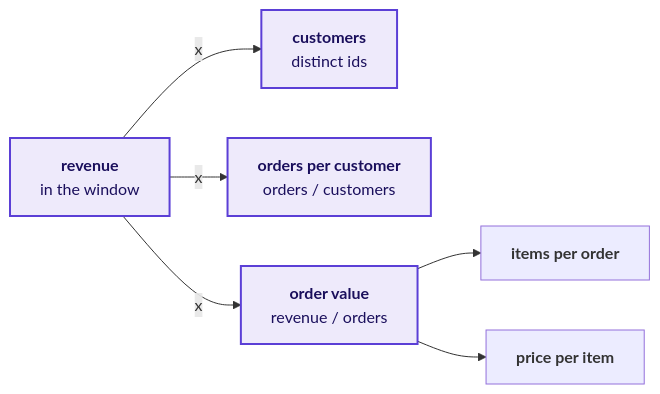
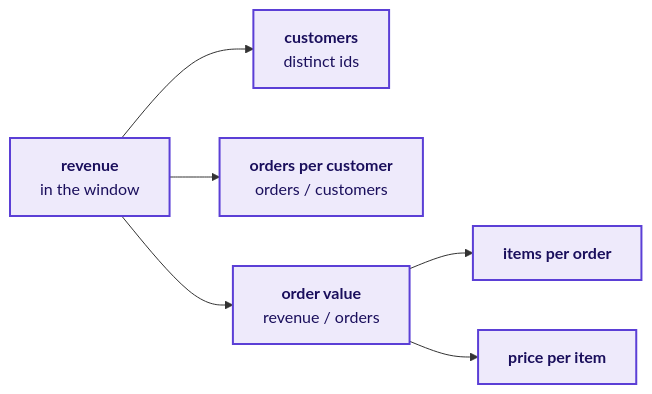
Before and after one commit to fde-academy-lab/c2-content-factory: diagram 14 of 22 in content/W03/D1/slides/C2_W03_D01_introduction_STUDENT.md, drawn with Mermaid. The commit also changed other lines of this file and 15 other files, not shown here.

````diff
--- a/content/W03/D1/slides/C2_W03_D01_introduction_STUDENT.md
+++ b/content/W03/D1/slides/C2_W03_D01_introduction_STUDENT.md
@@ -734,10 +763,10 @@
 ```mermaid
 flowchart LR
-    R["<b>revenue</b><br/>in the window"] -->|"x"| C["<b>customers</b><br/>distinct ids"]
-    R -->|"x"| F["<b>orders per customer</b><br/>orders / customers"]
-    R -->|"x"| A["<b>order value</b><br/>revenue / orders"]
+    R["<b>revenue</b><br/>in the window"] --> C["<b>customers</b><br/>distinct ids"]
+    R --> F["<b>orders per customer</b><br/>orders / customers"]
+    R --> A["<b>order value</b><br/>revenue / orders"]
     A --> I["<b>items per order</b>"]
     A --> P["<b>price per item</b>"]
     classDef known fill:#EEEAFB,stroke:#5B3FD6,color:#1A0F5C,stroke-width:2px
-    class R,C,F,A known
+    class R,C,F,A,I,P known
 ```
````
